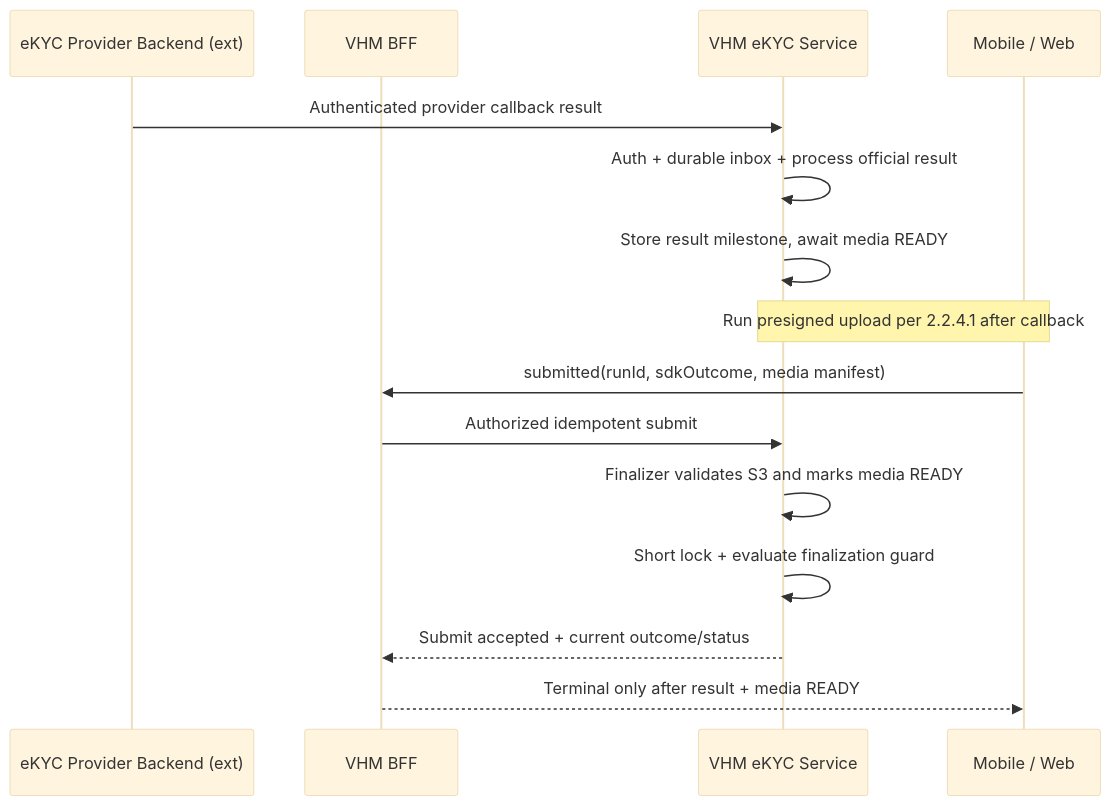
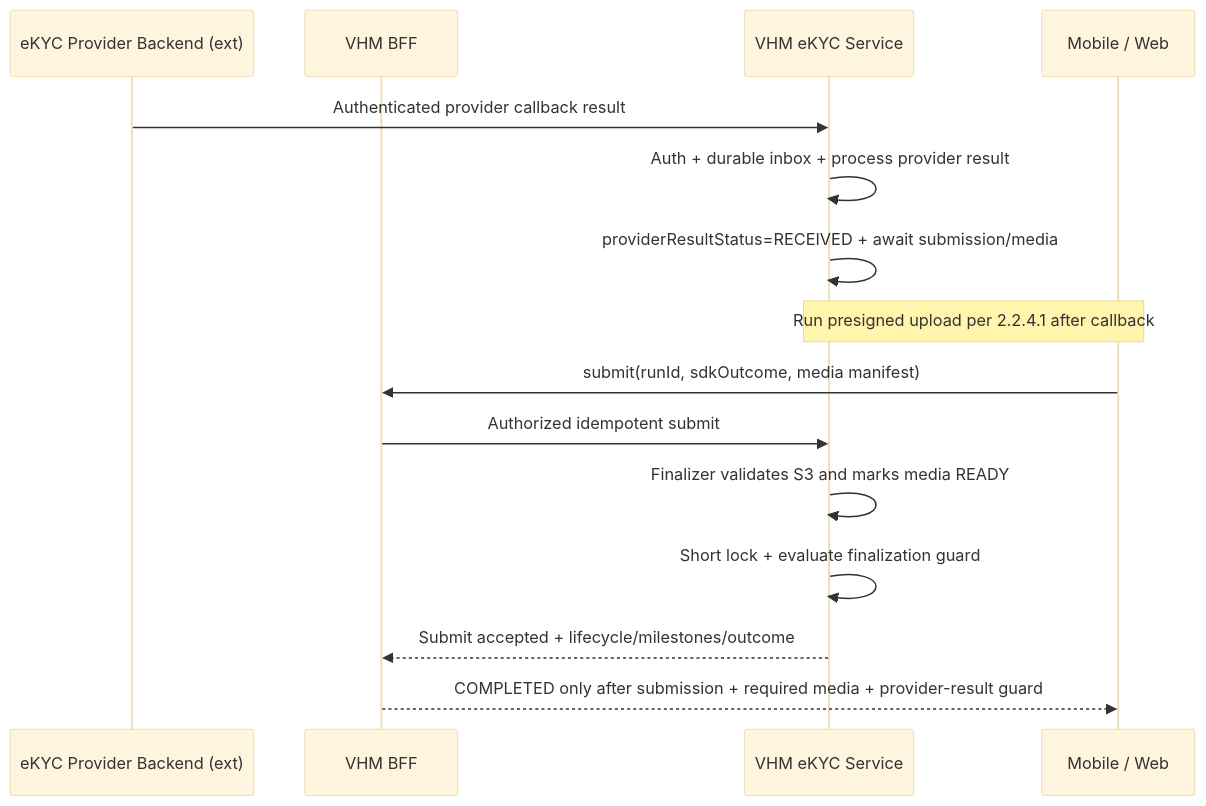
One commit to huynv-xyz/vhm changed diagram 15 of 19 in tdd2.md. Above: the diagram before and after it, drawn with Mermaid (base theme). The commit also changed other lines of this file, not shown here.

````diff
--- a/tdd2.md
+++ b/tdd2.md
@@ -1298,17 +1291,17 @@
 ```mermaid
 sequenceDiagram
     participant BACKEND as eKYC Provider Backend (ext)
     participant BFF as VHM BFF
     participant EKYC_SERVICE as VHM eKYC Service
     participant CLIENT as Mobile / Web
     BACKEND->>EKYC_SERVICE: Authenticated provider callback result
-    EKYC_SERVICE->>EKYC_SERVICE: Auth + durable inbox + process official result
-    EKYC_SERVICE->>EKYC_SERVICE: Store result milestone, await media READY
+    EKYC_SERVICE->>EKYC_SERVICE: Auth + durable inbox + process provider result
+    EKYC_SERVICE->>EKYC_SERVICE: providerResultStatus=RECEIVED + await submission/media
     Note over CLIENT,EKYC_SERVICE: Run presigned upload per 2.2.4.1 after callback
-    CLIENT->>BFF: submitted(runId, sdkOutcome, media manifest)
+    CLIENT->>BFF: submit(runId, sdkOutcome, media manifest)
     BFF->>EKYC_SERVICE: Authorized idempotent submit
     EKYC_SERVICE->>EKYC_SERVICE: Finalizer validates S3 and marks media READY
     EKYC_SERVICE->>EKYC_SERVICE: Short lock + evaluate finalization guard
-    EKYC_SERVICE-->>BFF: Submit accepted + current outcome/status
-    BFF-->>CLIENT: Terminal only after result + media READY
+    EKYC_SERVICE-->>BFF: Submit accepted + lifecycle/milestones/outcome
+    BFF-->>CLIENT: COMPLETED only after submission + required media + provider-result guard
 ```
````
